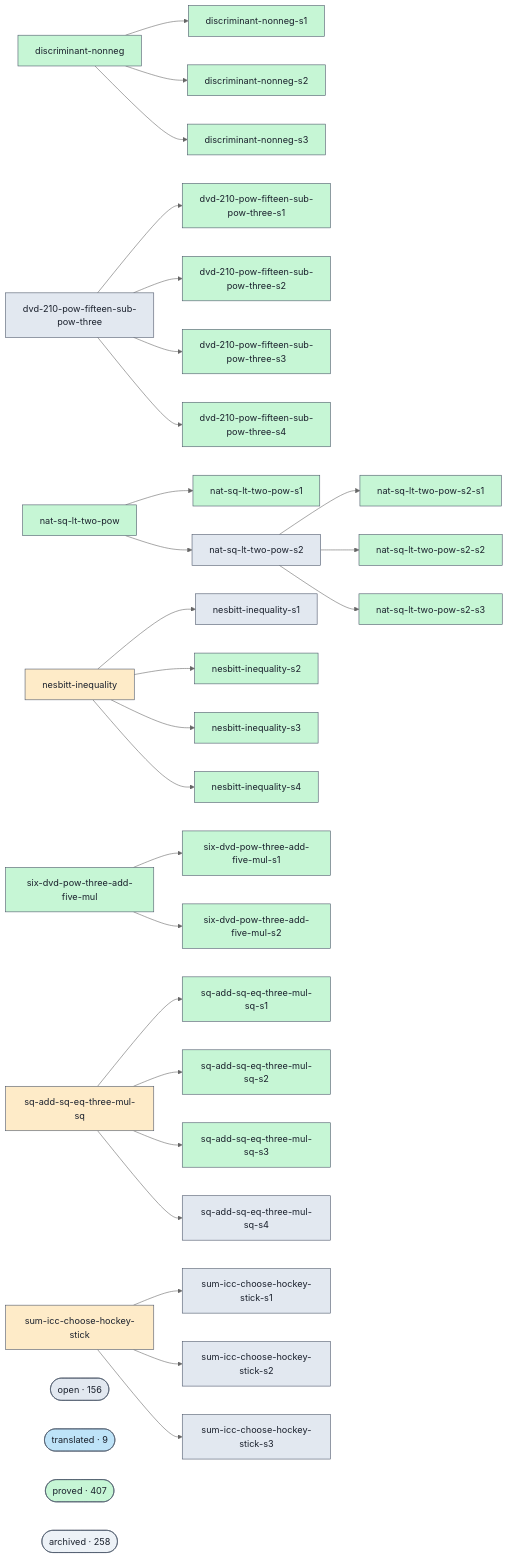
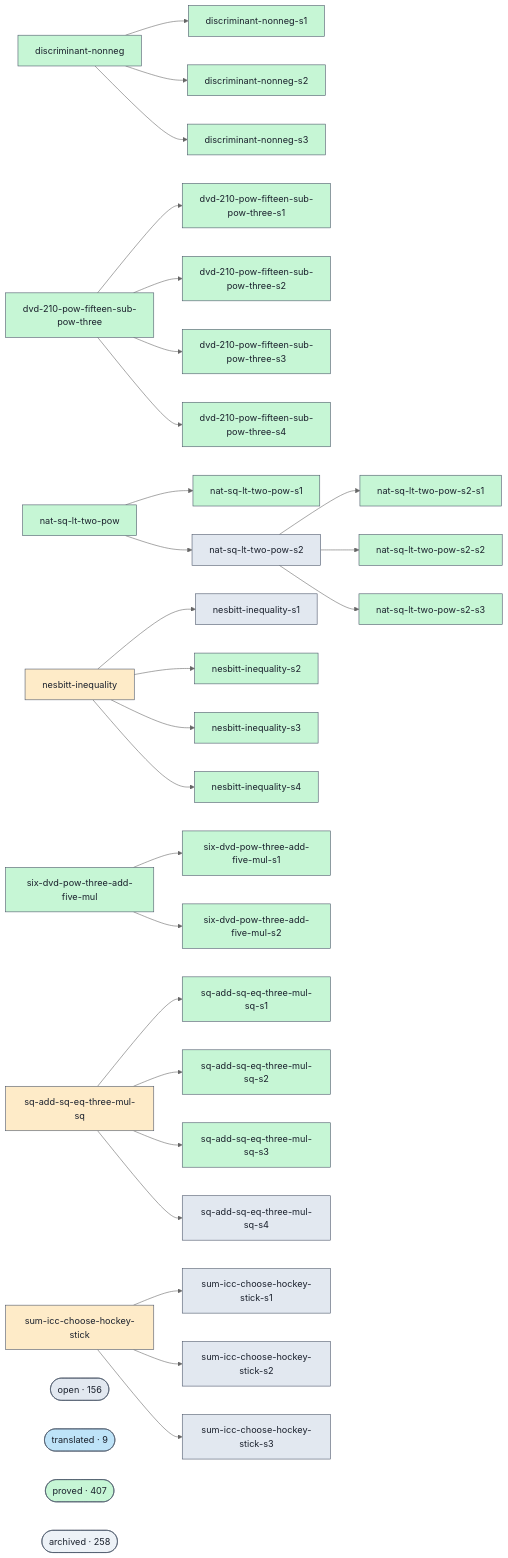
One commit to Rauxon/unsorry changed the diagram in docs/proofs-contributors-visualisation.md. Above: the diagram before and after it, drawn with Mermaid (neutral theme). The commit also changed other lines of this file and 2 other files, not shown here.

```diff
--- a/docs/proofs-contributors-visualisation.md
+++ b/docs/proofs-contributors-visualisation.md
@@ -35,8 +35,8 @@
   class g_discriminant_nonneg_s3 proved;
   click g_discriminant_nonneg_s3 "https://github.com/agenticsnz/unsorry/blob/main/goals/discriminant-nonneg-s3.lean" "discriminant-nonneg-s3 — proved"
   g_dvd_210_pow_fifteen_sub_pow_three["dvd-210-pow-fifteen-sub-pow-three"]
-  class g_dvd_210_pow_fifteen_sub_pow_three open;
-  click g_dvd_210_pow_fifteen_sub_pow_three "https://github.com/agenticsnz/unsorry/blob/main/goals/dvd-210-pow-fifteen-sub-pow-three.lean" "dvd-210-pow-fifteen-sub-pow-three — open"
+  class g_dvd_210_pow_fifteen_sub_pow_three proved;
+  click g_dvd_210_pow_fifteen_sub_pow_three "https://github.com/agenticsnz/unsorry/blob/main/goals/dvd-210-pow-fifteen-sub-pow-three.lean" "dvd-210-pow-fifteen-sub-pow-three — proved"
   g_dvd_210_pow_fifteen_sub_pow_three_s1["dvd-210-pow-fifteen-sub-pow-three-s1"]
   class g_dvd_210_pow_fifteen_sub_pow_three_s1 proved;
   click g_dvd_210_pow_fifteen_sub_pow_three_s1 "https://github.com/agenticsnz/unsorry/blob/main/goals/dvd-210-pow-fifteen-sub-pow-three-s1.lean" "dvd-210-pow-fifteen-sub-pow-three-s1 — proved"
```
